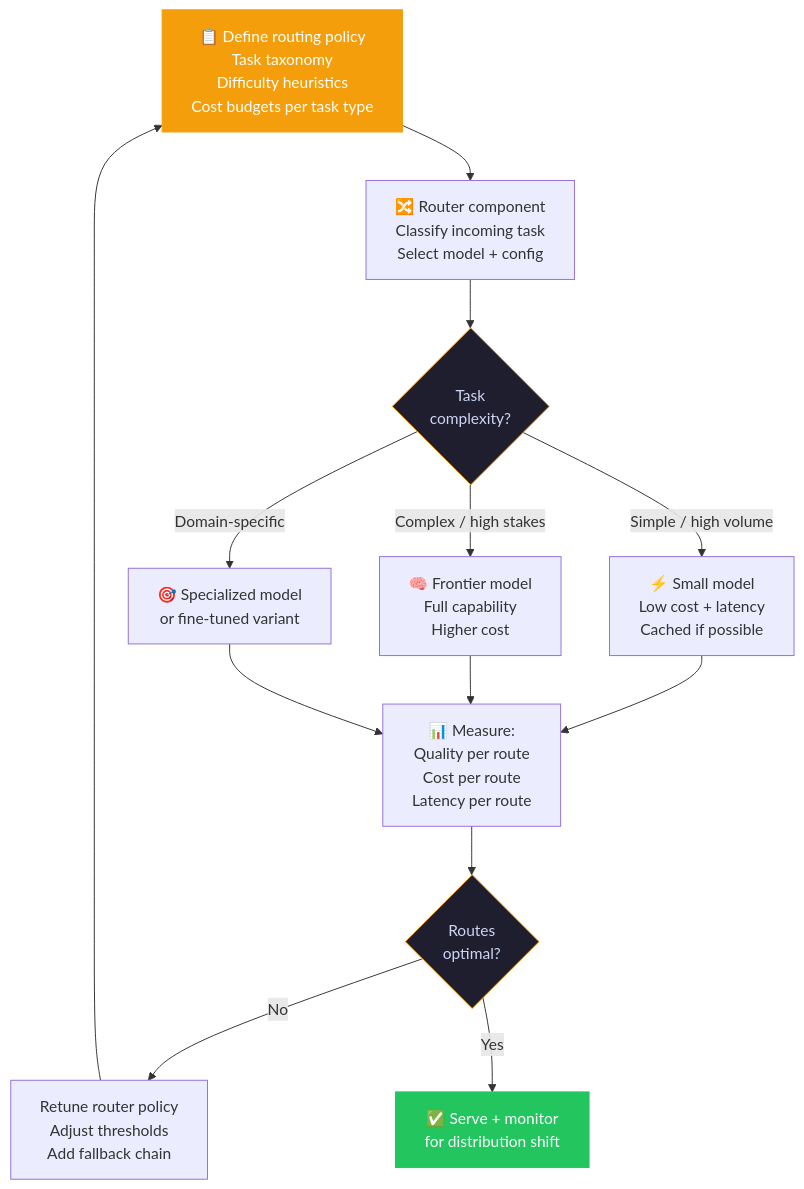
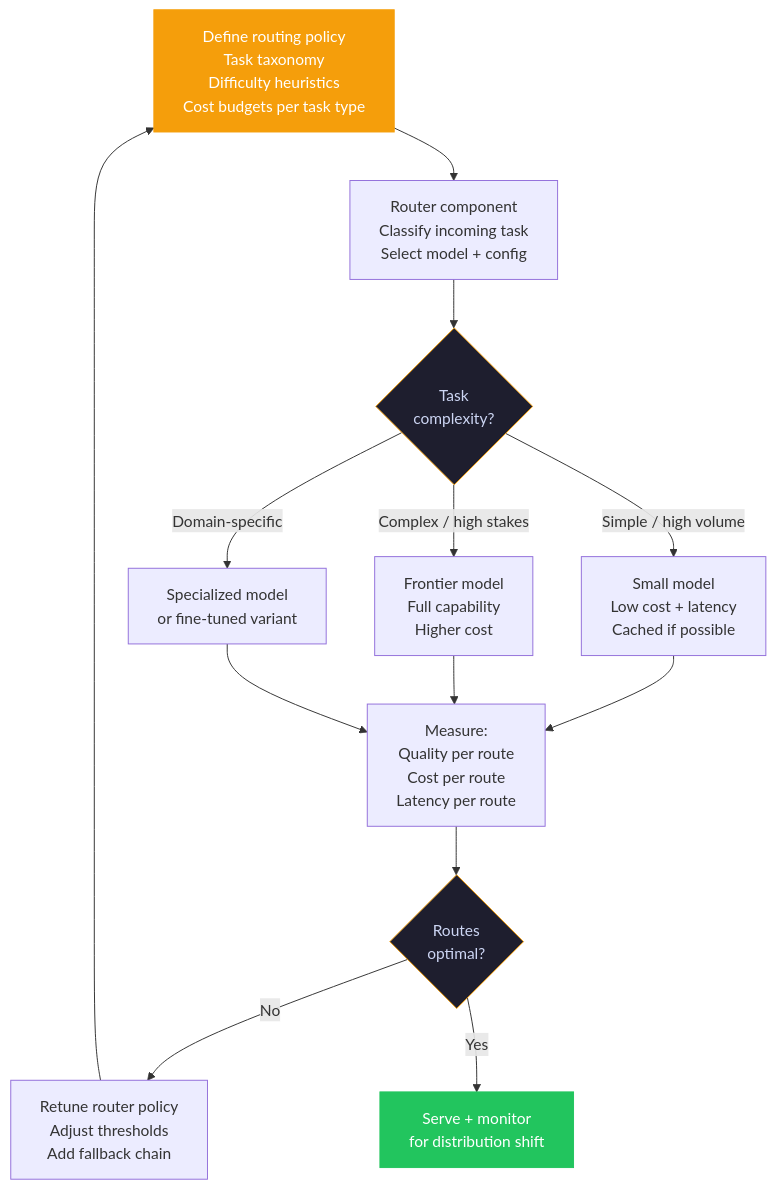
The fifth of 10 diagrams in blog/2026/02-18-ai-sdlc-meta-approaches/index.md (nicolad/vadim.blog), drawn with Mermaid before and after one commit. The commit also changed other lines of this file, not shown here.

````diff
--- a/blog/2026/02-18-ai-sdlc-meta-approaches/index.md
+++ b/blog/2026/02-18-ai-sdlc-meta-approaches/index.md
@@ -260,18 +443,18 @@
 ```mermaid
 graph TD
-    A["📋 Define routing policy\nTask taxonomy\nDifficulty heuristics\nCost budgets per task type"] --> B["🔀 Router component\nClassify incoming task\nSelect model + config"]
+    A["Define routing policy\nTask taxonomy\nDifficulty heuristics\nCost budgets per task type"] --> B["Router component\nClassify incoming task\nSelect model + config"]
     B --> C{Task\ncomplexity?}
-    C -- Simple / high volume --> D["⚡ Small model\nLow cost + latency\nCached if possible"]
-    C -- Complex / high stakes --> E["🧠 Frontier model\nFull capability\nHigher cost"]
-    C -- Domain-specific --> F["🎯 Specialized model\nor fine-tuned variant"]
-    D & E & F --> G["📊 Measure:\nQuality per route\nCost per route\nLatency per route"]
+    C -- Simple / high volume --> D["Small model\nLow cost + latency\nCached if possible"]
+    C -- Complex / high stakes --> E["Frontier model\nFull capability\nHigher cost"]
+    C -- Domain-specific --> F["Specialized model\nor fine-tuned variant"]
+    D & E & F --> G["Measure:\nQuality per route\nCost per route\nLatency per route"]
     G --> H{Routes\noptimal?}
     H -- No --> I["Retune router policy\nAdjust thresholds\nAdd fallback chain"]
     I --> A
-    H -- Yes --> J["✅ Serve + monitor\nfor distribution shift"]
+    H -- Yes --> J["Serve + monitor\nfor distribution shift"]
 
     style A fill:#f59e0b,stroke:#f59e0b,color:#fff
     style J fill:#22c55e,stroke:#22c55e,color:#fff
     style C fill:#1e1e2e,stroke:#f59e0b,color:#cdd6f4
     style H fill:#1e1e2e,stroke:#f59e0b,color:#cdd6f4
 ```
````
